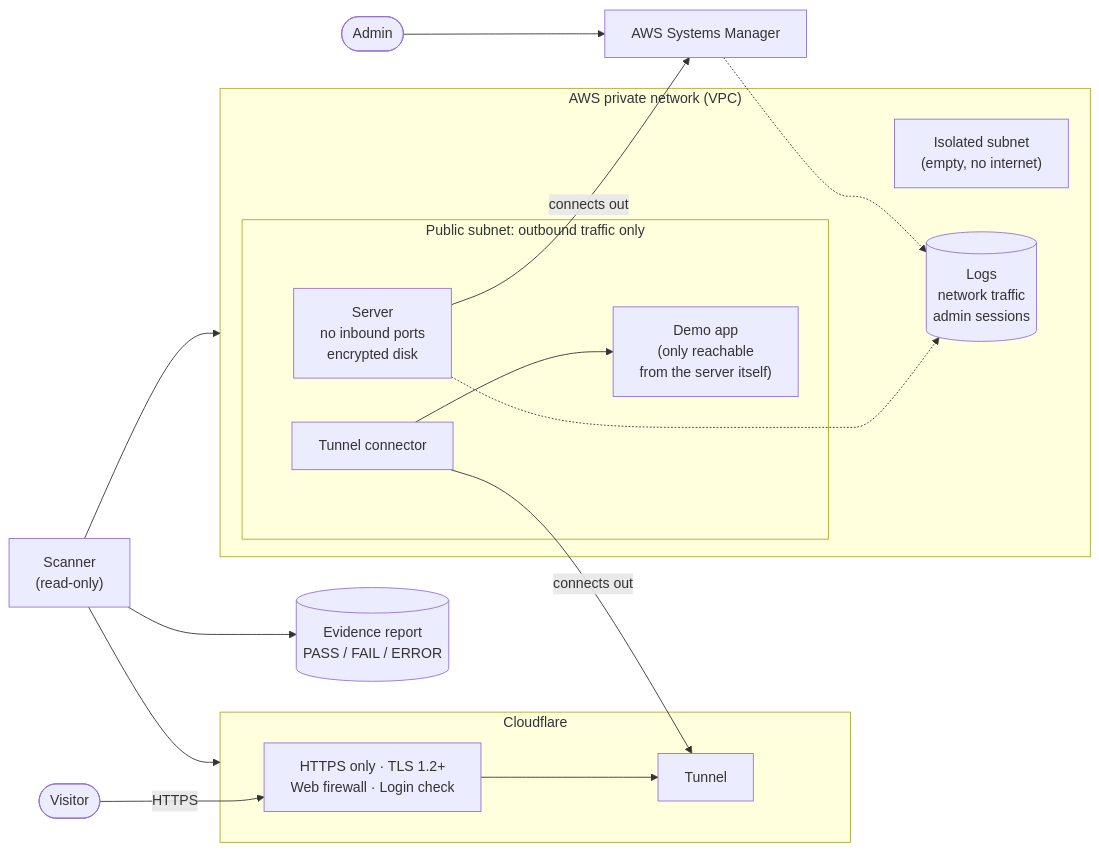
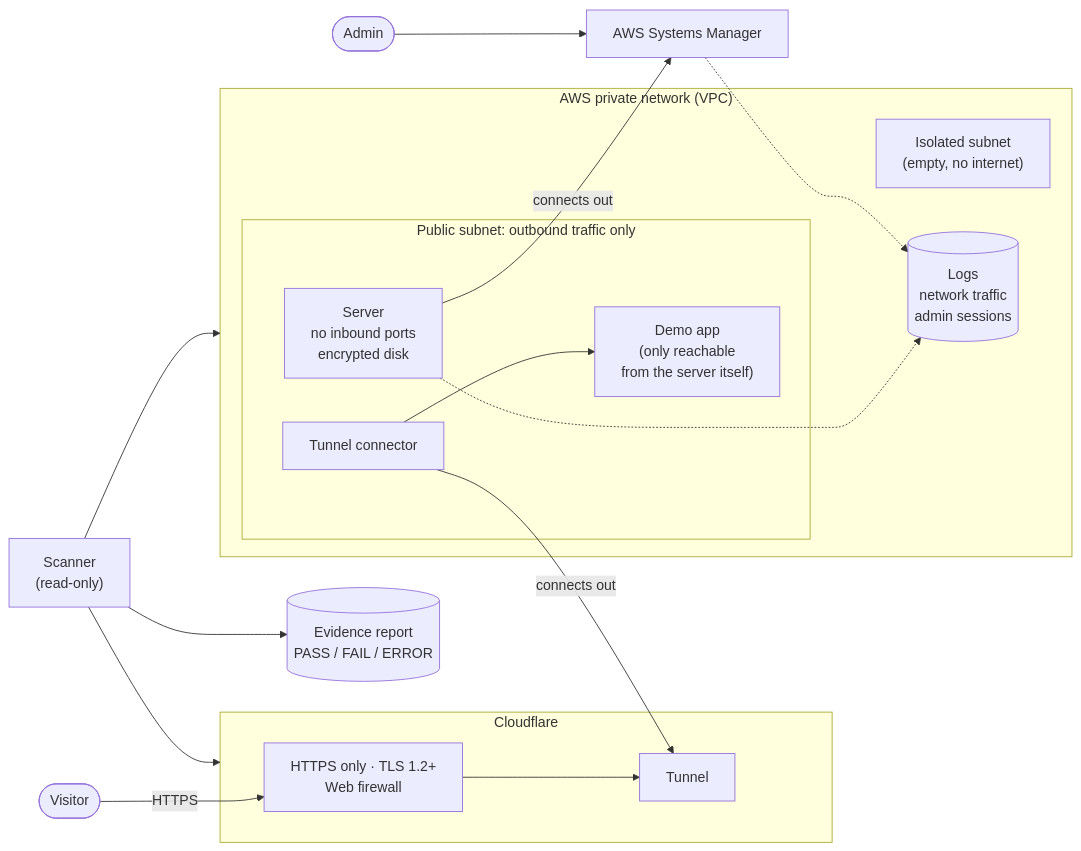
Before and after one commit to gkoufie1/cloudsecure: the diagram in README.md, drawn with Mermaid. The commit also changed other lines of this file, not shown here.

````diff
--- a/README.md
+++ b/README.md
@@ -40,35 +50,35 @@
 ```mermaid
 flowchart LR
     user(["Visitor"])
     admin(["Admin"])
     scanner["Scanner<br/>(read-only)"]
     evidence[("Evidence report<br/>PASS / FAIL / ERROR")]
 
     subgraph CF["Cloudflare"]
-        edge["HTTPS only · TLS 1.2+<br/>Web firewall · Login check"]
+        edge["HTTPS only · TLS 1.2+<br/>Web firewall"]
         tunnel["Tunnel"]
     end
 
     subgraph AWS["AWS private network (VPC)"]
         subgraph EDGE["Public subnet: outbound traffic only"]
             ec2["Server<br/>no inbound ports<br/>encrypted disk"]
             app["Demo app<br/>(only reachable<br/>from the server itself)"]
             cfd["Tunnel connector"]
         end
         iso["Isolated subnet<br/>(empty, no internet)"]
         logs[("Logs<br/>network traffic<br/>admin sessions")]
     end
 
     ssm["AWS Systems Manager"]
 
     user -->|HTTPS| edge --> tunnel
     cfd -->|"connects out"| tunnel
     cfd --> app
     admin --> ssm
     ec2 -->|"connects out"| ssm
     ec2 -.-> logs
     ssm -.-> logs
     scanner --> AWS
     scanner --> CF
     scanner --> evidence
 ```
````
